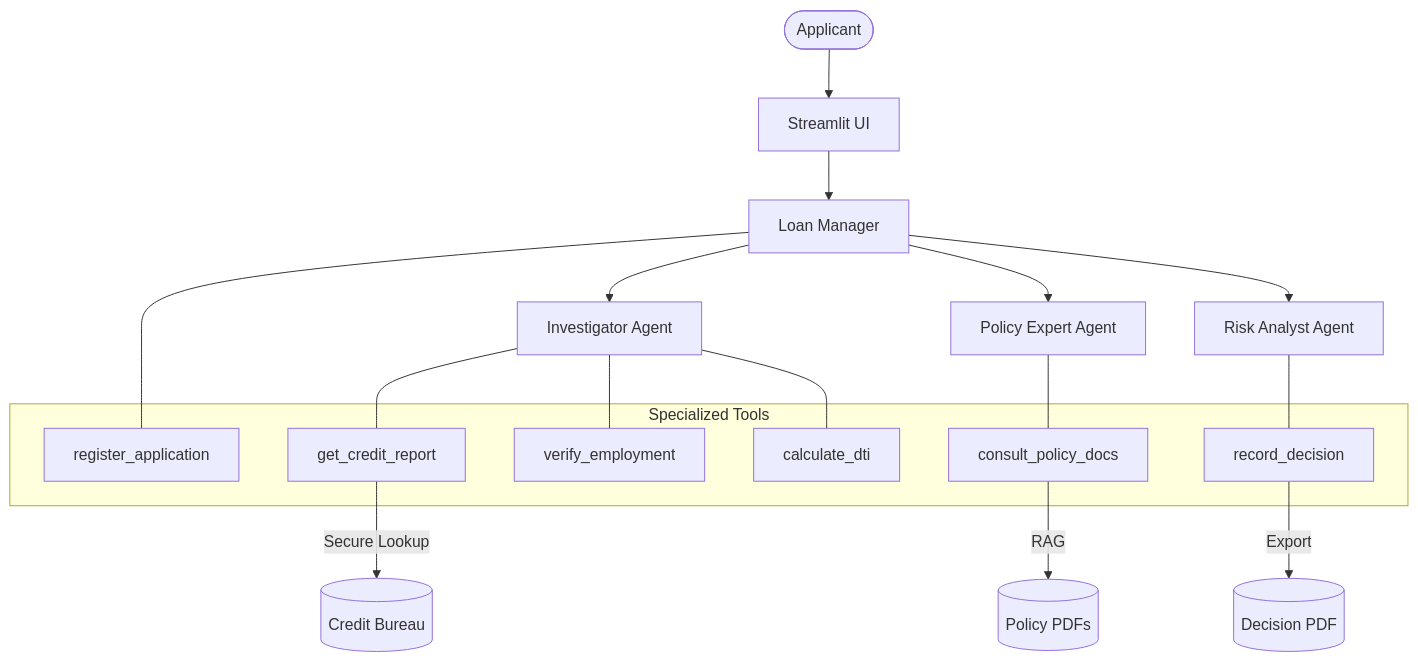
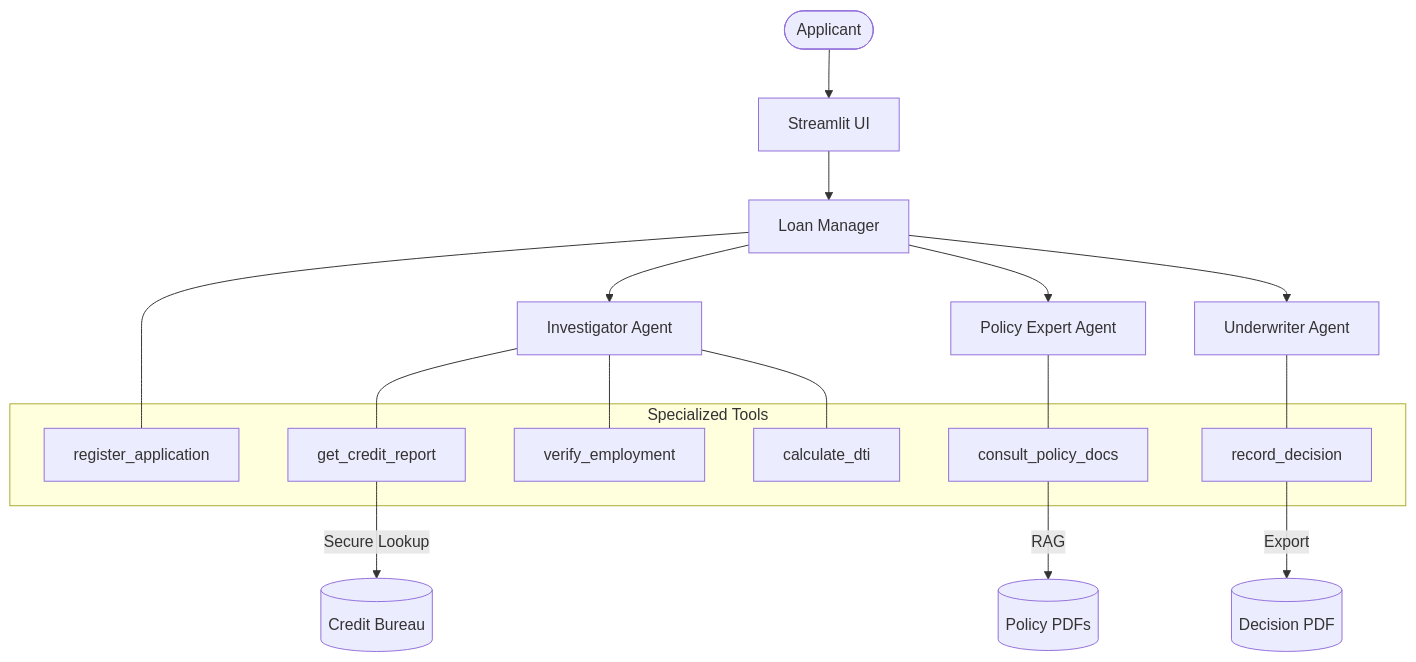
The diagram in loan-approval-agent/README.md (brendanhills/uk-bh-cch-demos), drawn with Mermaid before and after one commit. The commit also changed 106 other files, not shown here.

First line of the commit message:
feat: implement separated services architecture for loan approval system

````diff
--- a/loan-approval-agent/README.md
+++ b/loan-approval-agent/README.md
@@ -16,27 +16,27 @@
 ```mermaid
 graph TD
     User([Applicant]) --> UI[Streamlit UI]
     UI --> Manager[Loan Manager]
     
     Manager --> Invest[Investigator Agent]
     Manager --> Policy[Policy Expert Agent]
-    Manager --> Risk[Risk Analyst Agent]
+    Manager --> Underwriter[Underwriter Agent]
 
     subgraph Tools [Specialized Tools]
         T1[register_application]
         T2[get_credit_report]
         T3[verify_employment]
         T4[calculate_dti]
         T5[consult_policy_docs]
         T6[record_decision]
     end
 
     Manager --- T1
     Invest --- T2 & T3 & T4
     Policy --- T5
-    Risk --- T6
+    Underwriter --- T6
     
     T2 -- "Secure Lookup" --> Bureau[(Credit Bureau)]
     T5 -- "RAG" --> PolicyDocs[(Policy PDFs)]
     T6 -- "Export" --> PDF[(Decision PDF)]
 ```
````
